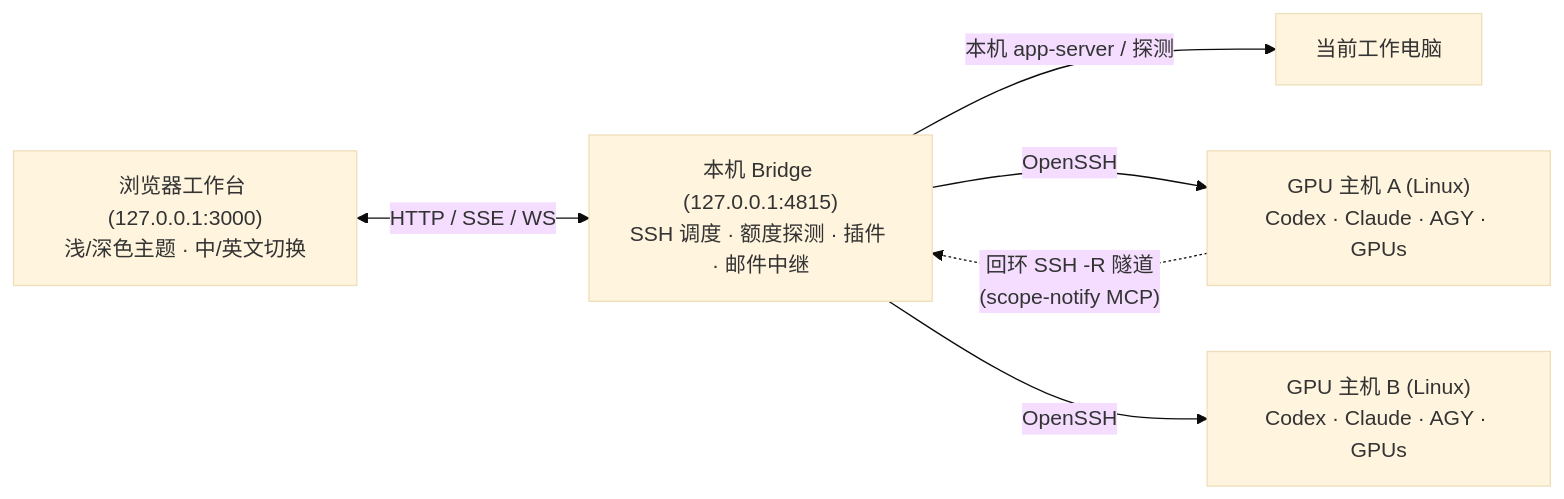
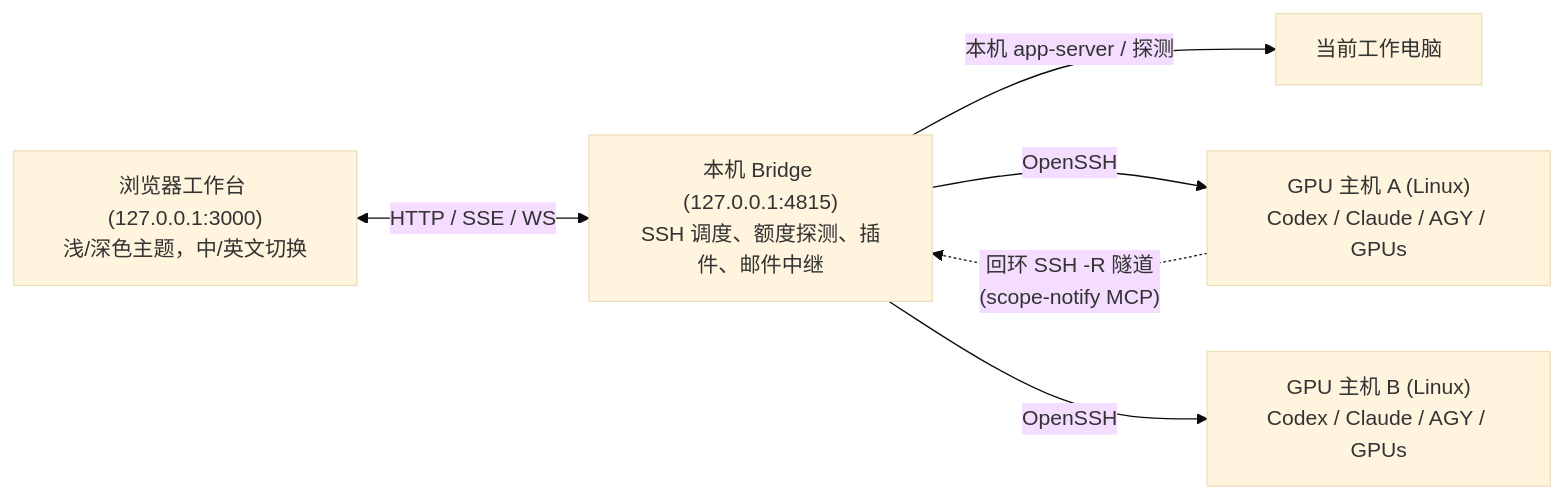
The diagram in README.zh-CN.md (securityCFS/SCOPE), drawn with Mermaid (base theme) before and after one commit. The commit also changed other lines of this file and 3 other files, not shown here.

````diff
--- a/README.zh-CN.md
+++ b/README.zh-CN.md
@@ -59,8 +59,8 @@
 ```mermaid
 flowchart LR
-  UI["浏览器工作台 (127.0.0.1:3000)\n浅/深色主题 · 中/英文切换"] <-->|HTTP / SSE / WS| Bridge["本机 Bridge (127.0.0.1:4815)\nSSH 调度 · 额度探测 · 插件 · 邮件中继"]
+  UI["浏览器工作台 (127.0.0.1:3000)\n浅/深色主题，中/英文切换"] <-->|HTTP / SSE / WS| Bridge["本机 Bridge (127.0.0.1:4815)\nSSH 调度、额度探测、插件、邮件中继"]
   Bridge -->|本机 app-server / 探测| Local["当前工作电脑"]
-  Bridge -->|OpenSSH| Remote1["GPU 主机 A (Linux)\nCodex · Claude · AGY · GPUs"]
-  Bridge -->|OpenSSH| Remote2["GPU 主机 B (Linux)\nCodex · Claude · AGY · GPUs"]
+  Bridge -->|OpenSSH| Remote1["GPU 主机 A (Linux)\nCodex / Claude / AGY / GPUs"]
+  Bridge -->|OpenSSH| Remote2["GPU 主机 B (Linux)\nCodex / Claude / AGY / GPUs"]
   Remote1 -.->|"回环 SSH -R 隧道\n(scope-notify MCP)"| Bridge
 ```
````
